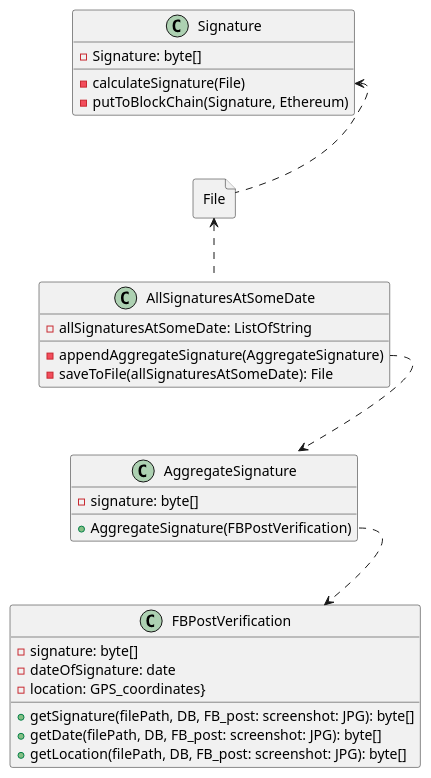
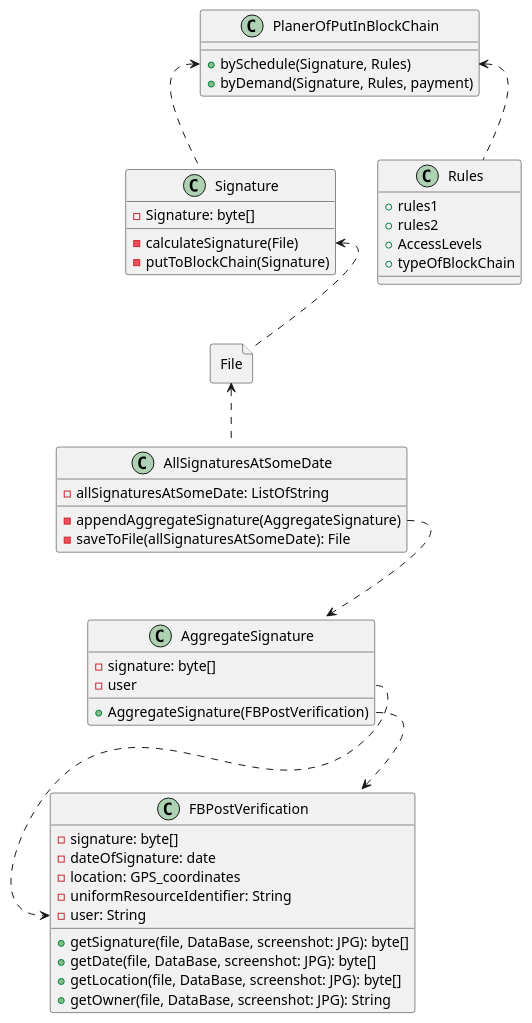
One commit to DimitriBolt/CyberBlocks changed the diagram in UML/ClassDiagram.puml. Above: the diagram before and after it, drawn with PlantUML. The commit also changed 1 other file, not shown here.

Commit message:
add Rules.

```diff
--- a/UML/ClassDiagram.puml
+++ b/UML/ClassDiagram.puml
@@ -1,83 +1,62 @@
 @startuml
 'https://plantuml.com/class-diagram
 
 class FBPostVerification {
+' Атрибуты
 - signature: byte[]
 - dateOfSignature: date
-- location: GPS_coordinates}
-+ getSignature(filePath, DB, FB_post: screenshot: JPG): byte[]
-+ getDate(filePath, DB, FB_post: screenshot: JPG): byte[]
-+ getLocation(filePath, DB, FB_post: screenshot: JPG): byte[]
+- location: GPS_coordinates
+- uniformResourceIdentifier: String
+- user: String
+' Методы:
++ getSignature(file, DataBase, screenshot: JPG): byte[]
++ getDate(file, DataBase, screenshot: JPG): byte[]
++ getLocation(file, DataBase, screenshot: JPG): byte[]
++ getOwner(file, DataBase, screenshot: JPG): String
 }
 
 class AggregateSignature{
 - signature: byte[]
+- user
 + AggregateSignature(FBPostVerification)
 }
 AggregateSignature::AggregateSignature ..> FBPostVerification
+AggregateSignature::user ..> FBPostVerification::user
 
 class AllSignaturesAtSomeDate{
 - allSignaturesAtSomeDate: ListOfString
 - appendAggregateSignature(AggregateSignature)
 - saveToFile(allSignaturesAtSomeDate): File
 }
 
 File File {
 }
 
 File <.. AllSignaturesAtSomeDate
 
 class Signature{
 - Signature: byte[]
 - calculateSignature(File)
-- putToBlockChain(Signature, Ethereum)
+- putToBlockChain(Signature)
 }
+
+class PlanerOfPutInBlockChain{
++ bySchedule(Signature, Rules)
++ byDemand(Signature, Rules, payment)
+}
+PlanerOfPutInBlockChain::bySchedule <.. Rules
+PlanerOfPutInBlockChain::bySchedule <.. Signature
+
+class Rules{
++ rules1
++ rules2
++ AccessLevels
++ typeOfBlockChain
+}
+
 
 Signature::calculateSignature <.. File
 
 AllSignaturesAtSomeDate::appendAggregateSignature ..> AggregateSignature
 
-/'
-class FB_post{
-- post: String
-+ getPost(screenshot: JPG)
-}
-
-' FBPostVerification::getSignature ..> FB_post
-
-
-abstract class PenetrationTest{
-'конструктор с Большой буквы без типа, в диаграмме классов нет смысла указывать
-}
-class InternalPenetrationTest{
-}
-class OutsidePenetrationTest{
-}
-class ItSystemInventory{
-- DesktopOS
-- MobileOS
-- OtherOS
-- HardwareInformation
-- SoftwareInformation
-- BrowserInformation
-- BrowsingBehavior
-}
-class CyberPolicyOptions
-class Insuree
-class Insurer
-class Keys
-class Metadata {
-- sameVariable: HashSet<String>
-}
-
-
-
-
-
-
-PenetrationTest <|-- InternalPenetrationTest
-PenetrationTest <|-- OutsidePenetrationTest
-' Наследование (абстрактный класс наследуется)
-'/
-
 @enduml
```
